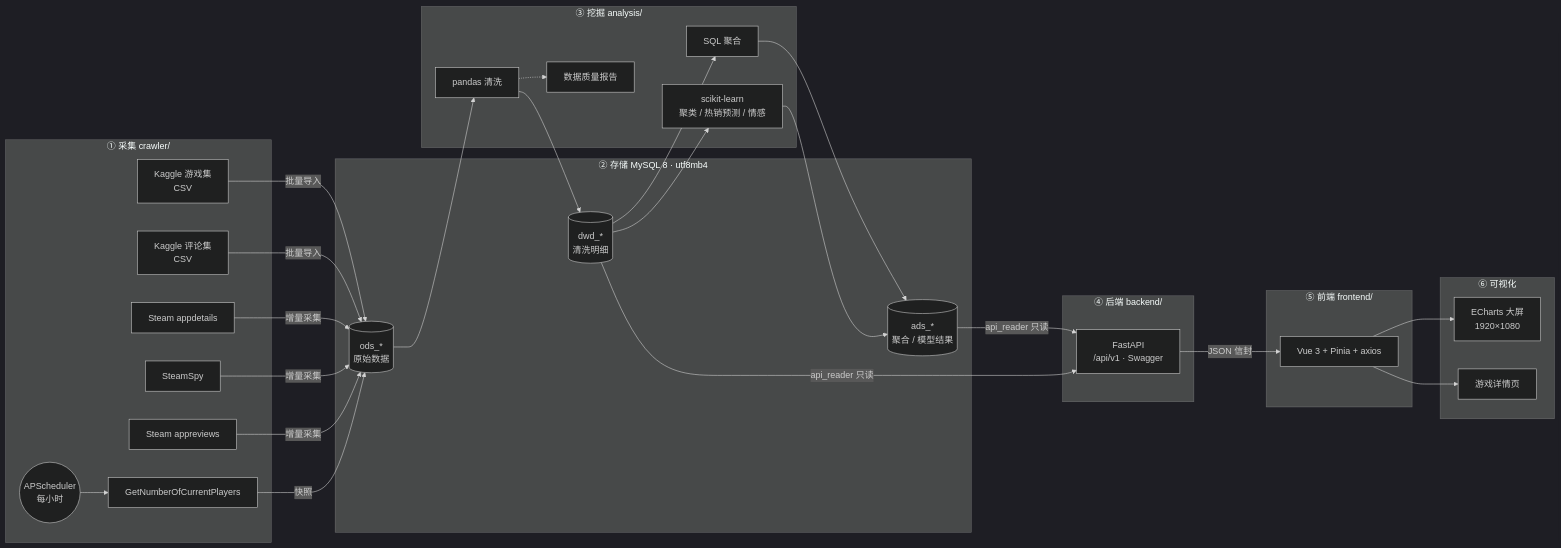
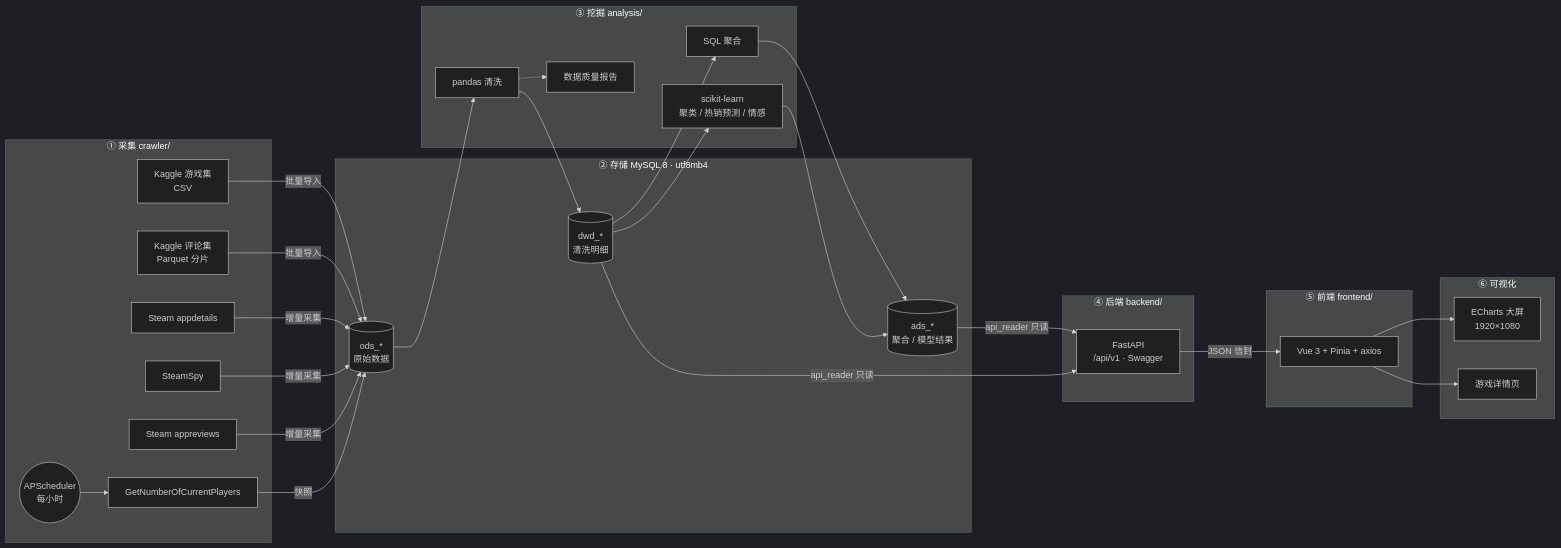
One commit to djquiller/Steam-Analysis changed the first of 3 diagrams in docs/m2-design.md. Above: the diagram before and after it, drawn with Mermaid (dark theme). The commit also changed other lines of this file and 2 other files, not shown here.

First line of the commit message:
docs(crawler): 评论集改用 2026 年全量 Kaggle 数据集

````diff
--- a/docs/m2-design.md
+++ b/docs/m2-design.md
@@ -40,49 +40,49 @@
 ```mermaid
 flowchart LR
     subgraph S1["① 采集 crawler/"]
         K1[Kaggle 游戏集<br/>CSV]
-        K2[Kaggle 评论集<br/>CSV]
+        K2[Kaggle 评论集<br/>Parquet 分片]
         A1[Steam appdetails]
         A2[SteamSpy]
         A3[Steam appreviews]
         A4[GetNumberOfCurrentPlayers]
         SCH((APScheduler<br/>每小时))
     end
 
     subgraph S2["② 存储 MySQL 8 · utf8mb4"]
         ODS[(ods_*<br/>原始数据)]
         DWD[(dwd_*<br/>清洗明细)]
         ADS[(ads_*<br/>聚合 / 模型结果)]
     end
 
     subgraph S3["③ 挖掘 analysis/"]
         CLEAN[pandas 清洗]
         AGG[SQL 聚合]
         ML[scikit-learn<br/>聚类 / 热销预测 / 情感]
         DQ[数据质量报告]
     end
 
     subgraph S4["④ 后端 backend/"]
         API[FastAPI<br/>/api/v1 · Swagger]
     end
 
     subgraph S5["⑤ 前端 frontend/"]
         VUE[Vue 3 + Pinia + axios]
     end
 
     subgraph S6["⑥ 可视化"]
         SCREEN[ECharts 大屏<br/>1920×1080]
         DETAIL[游戏详情页]
     end
 
     K1 & K2 -->|批量导入| ODS
     A1 & A2 & A3 -->|增量采集| ODS
     SCH --> A4 -->|快照| ODS
     ODS --> CLEAN --> DWD
     DWD --> AGG --> ADS
     DWD --> ML --> ADS
     CLEAN -.-> DQ
     ADS & DWD -->|api_reader 只读| API
     API -->|JSON 信封| VUE
     VUE --> SCREEN & DETAIL
 ```
````
